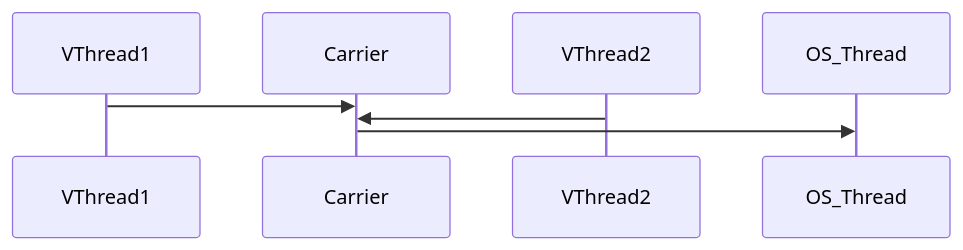
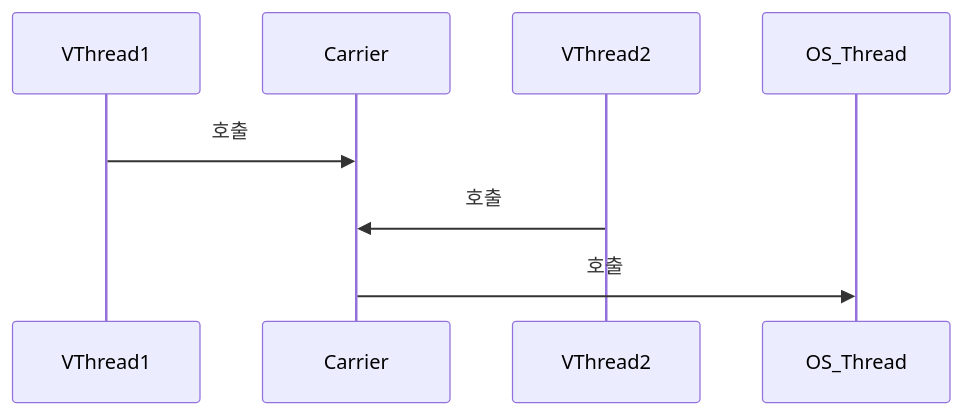
One commit to yjkim2015/yjkim2015.github.io changed the third of 7 diagrams in _posts/java/2026-05-01-java-virtual-thread.md. Above: the diagram before and after it, drawn with Mermaid. The commit also changed 85 other files, not shown here.

First line of the commit message:
sequenceDiagram 문법 에러 2차 수정 169개 (86파일)

````diff
--- a/_posts/java/2026-05-01-java-virtual-thread.md
+++ b/_posts/java/2026-05-01-java-virtual-thread.md
@@ -114,6 +114,6 @@
 ```mermaid
 sequenceDiagram
-    VThread1->>Carrier:
-    VThread2->>Carrier:
-    Carrier->>OS_Thread:
+    VThread1->>Carrier: 호출
+    VThread2->>Carrier: 호출
+    Carrier->>OS_Thread: 호출
 ```
````
